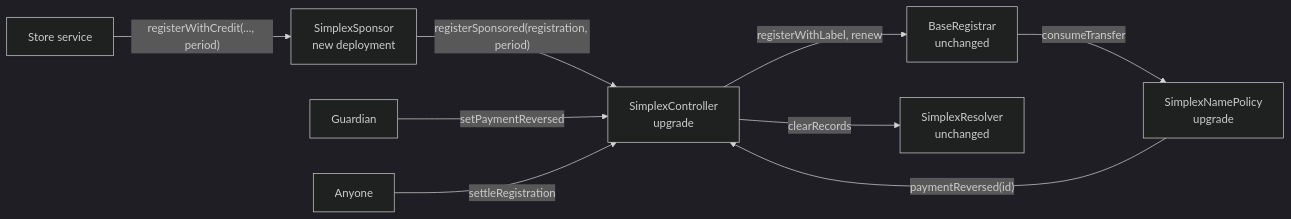
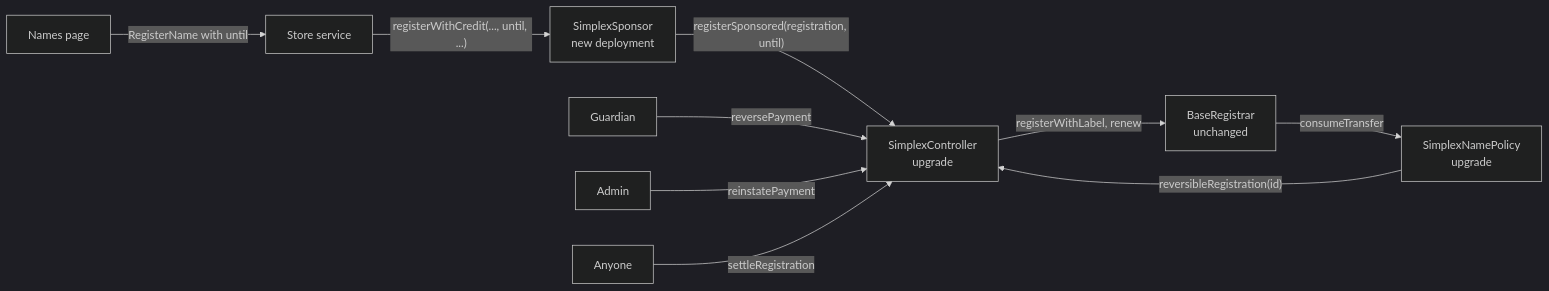
The third of 3 diagrams in docs/plans/payment-reversal.md (brenzi-agent/simplex-namespace-contract), drawn with Mermaid (dark theme) before and after one commit. The commit also changed other lines of this file, not shown here.

````diff
--- a/docs/plans/payment-reversal.md
+++ b/docs/plans/payment-reversal.md
@@ -146,11 +172,12 @@
 ```mermaid
 flowchart LR
-  service["Store service"] -->|"registerWithCredit(..., period)"| sponsor["SimplexSponsor<br/>new deployment"]
-  sponsor -->|"registerSponsored(registration, period)"| controller["SimplexController<br/>upgrade"]
-  guardian["Guardian"] -->|"setPaymentReversed"| controller
+  page["Names page"] -->|"RegisterName with until"| service["Store service"]
+  service -->|"registerWithCredit(..., until, ...)"| sponsor["SimplexSponsor<br/>new deployment"]
+  sponsor -->|"registerSponsored(registration, until)"| controller["SimplexController<br/>upgrade"]
+  guardian["Guardian"] -->|"reversePayment"| controller
+  admin["Admin"] -->|"reinstatePayment"| controller
   anyone["Anyone"] -->|"settleRegistration"| controller
   controller -->|"registerWithLabel, renew"| registrar["BaseRegistrar<br/>unchanged"]
-  controller -->|"clearRecords"| resolver["SimplexResolver<br/>unchanged"]
   registrar -->|"consumeTransfer"| policy["SimplexNamePolicy<br/>upgrade"]
-  policy -->|"paymentReversed(id)"| controller
+  policy -->|"reversibleRegistration(id)"| controller
 ```
````
